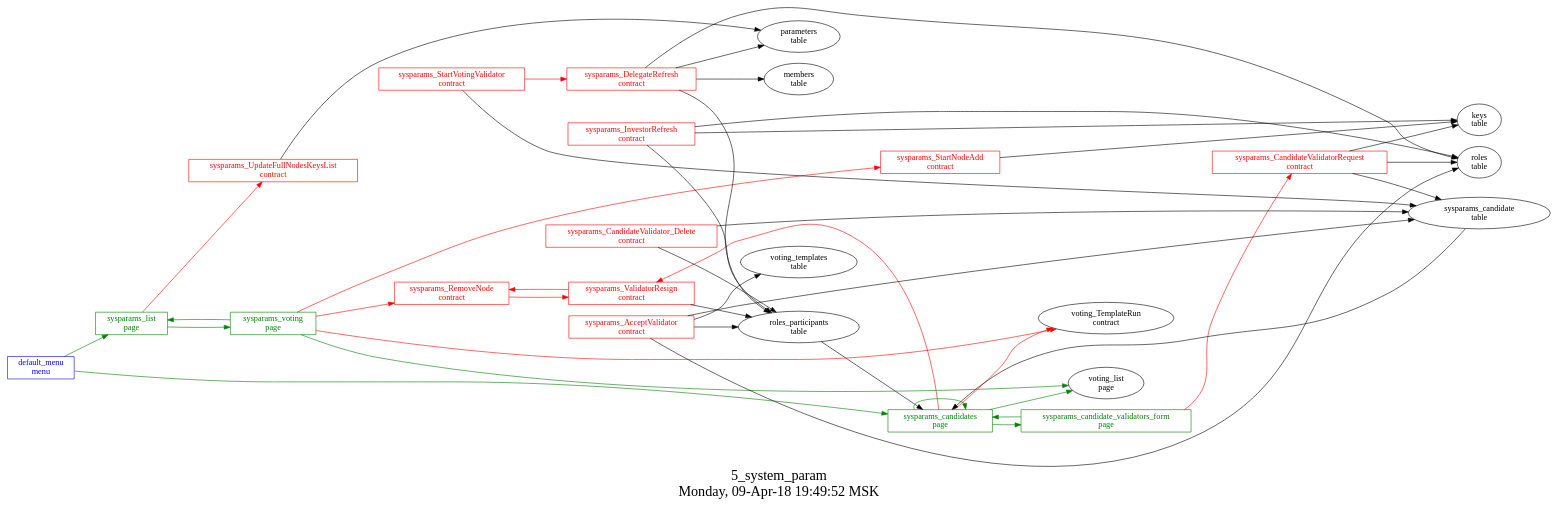
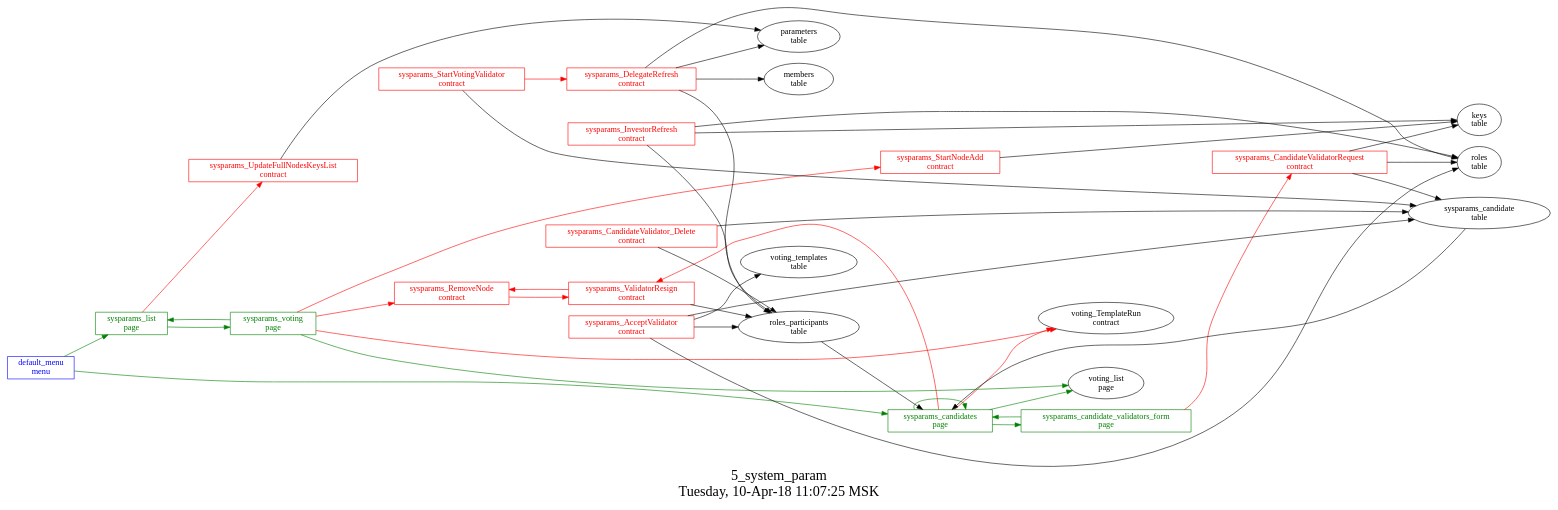
One commit to AplaProject/apps changed the diagram in src/basic/basic_main/5_system_params/struct.dot. Above: the diagram before and after it, drawn with Graphviz. The commit also changed 4 other files, not shown here.

```diff
--- a/src/basic/basic_main/5_system_params/struct.dot
+++ b/src/basic/basic_main/5_system_params/struct.dot
@@ -1,67 +1,67 @@
 digraph G {
 graph [
   fontsize="24";
-  label="5_system_param\nMonday, 09-Apr-18 19:49:52 MSK";
+  label="5_system_param\nTuesday, 10-Apr-18 11:07:25 MSK";
   nojustify=true;
   ordering=out;
   rankdir=LR;
   size="30";
 ];
 "default_menu\nmenu" -> "sysparams_list\npage"  [ color=green ]
 "default_menu\nmenu" -> "sysparams_candidates\npage"  [ color=green ]
 "default_menu\nmenu" [color=blue, fontcolor=blue, group=menus, shape=record];
 "sysparams_candidate_validators_form\npage" -> "sysparams_CandidateValidatorRequest\ncontract"  [ color=red ]
 "sysparams_candidate_validators_form\npage" -> "sysparams_candidates\npage"  [ color=green ]
 "sysparams_candidate_validators_form\npage" [color=green, fontcolor=green, group=pages, shape=record];
 "sysparams_candidates\npage" -> "voting_TemplateRun\ncontract"  [ color=red ]
 "sysparams_candidates\npage" -> "sysparams_ValidatorResign\ncontract"  [ color=red ]
 "sysparams_candidate\ntable" -> "sysparams_candidates\npage"  [ color="" ]
 "roles_participants\ntable" -> "sysparams_candidates\npage"  [ color="" ]
 "sysparams_candidates\npage" -> "voting_list\npage"  [ color=green ]
 "sysparams_candidates\npage" -> "sysparams_candidates\npage"  [ color=green ]
 "sysparams_candidates\npage" -> "sysparams_candidate_validators_form\npage"  [ color=green ]
 "sysparams_candidates\npage" [color=green, fontcolor=green, group=pages, shape=record];
 "sysparams_list\npage" -> "sysparams_UpdateFullNodesKeysList\ncontract"  [ color=red ]
 "sysparams_list\npage" -> "sysparams_voting\npage"  [ color=green ]
 "sysparams_list\npage" [color=green, fontcolor=green, group=pages, shape=record];
 "sysparams_voting\npage" -> "sysparams_StartNodeAdd\ncontract"  [ color=red ]
 "sysparams_voting\npage" -> "sysparams_RemoveNode\ncontract"  [ color=red ]
 "sysparams_voting\npage" -> "voting_TemplateRun\ncontract"  [ color=red ]
 "sysparams_voting\npage" -> "sysparams_list\npage"  [ color=green ]
 "sysparams_voting\npage" -> "voting_list\npage"  [ color=green ]
 "sysparams_voting\npage" [color=green, fontcolor=green, group=pages, shape=record];
 "sysparams_AcceptValidator\ncontract" -> "voting_templates\ntable"  [ color="" ]
 "sysparams_AcceptValidator\ncontract" -> "sysparams_candidate\ntable"  [ color="" ]
 "sysparams_AcceptValidator\ncontract" -> "roles_participants\ntable"  [ color="" ]
 "sysparams_AcceptValidator\ncontract" -> "roles\ntable"  [ color="" ]
 "sysparams_AcceptValidator\ncontract" [color=red, fontcolor=red, group=contracts, shape=record];
 "sysparams_CandidateValidatorRequest\ncontract" -> "keys\ntable"  [ color="" ]
 "sysparams_CandidateValidatorRequest\ncontract" -> "roles\ntable"  [ color="" ]
 "sysparams_CandidateValidatorRequest\ncontract" -> "sysparams_candidate\ntable"  [ color="" ]
 "sysparams_CandidateValidatorRequest\ncontract" [color=red, fontcolor=red, group=contracts, shape=record];
 "sysparams_CandidateValidator_Delete\ncontract" -> "sysparams_candidate\ntable"  [ color="" ]
 "sysparams_CandidateValidator_Delete\ncontract" -> "roles_participants\ntable"  [ color="" ]
 "sysparams_CandidateValidator_Delete\ncontract" [color=red, fontcolor=red, group=contracts, shape=record];
 "sysparams_DelegateRefresh\ncontract" -> "roles\ntable"  [ color="" ]
 "sysparams_DelegateRefresh\ncontract" -> "parameters\ntable"  [ color="" ]
 "sysparams_DelegateRefresh\ncontract" -> "roles_participants\ntable"  [ color="" ]
 "sysparams_DelegateRefresh\ncontract" -> "members\ntable"  [ color="" ]
 "sysparams_DelegateRefresh\ncontract" [color=red, fontcolor=red, group=contracts, shape=record];
 "sysparams_InvestorRefresh\ncontract" -> "roles\ntable"  [ color="" ]
 "sysparams_InvestorRefresh\ncontract" -> "keys\ntable"  [ color="" ]
 "sysparams_InvestorRefresh\ncontract" -> "roles_participants\ntable"  [ color="" ]
 "sysparams_InvestorRefresh\ncontract" [color=red, fontcolor=red, group=contracts, shape=record];
 "sysparams_RemoveNode\ncontract" -> "sysparams_ValidatorResign\ncontract"  [ color=red ]
 "sysparams_RemoveNode\ncontract" [color=red, fontcolor=red, group=contracts, shape=record];
 "sysparams_StartNodeAdd\ncontract" -> "keys\ntable"  [ color="" ]
 "sysparams_StartNodeAdd\ncontract" [color=red, fontcolor=red, group=contracts, shape=record];
 "sysparams_StartVotingValidator\ncontract" -> "sysparams_DelegateRefresh\ncontract"  [ color=red ]
 "sysparams_StartVotingValidator\ncontract" -> "sysparams_candidate\ntable"  [ color="" ]
 "sysparams_StartVotingValidator\ncontract" [color=red, fontcolor=red, group=contracts, shape=record];
 "sysparams_UpdateFullNodesKeysList\ncontract" -> "parameters\ntable"  [ color="" ]
 "sysparams_UpdateFullNodesKeysList\ncontract" [color=red, fontcolor=red, group=contracts, shape=record];
 "sysparams_ValidatorResign\ncontract" -> "sysparams_RemoveNode\ncontract"  [ color=red ]
 "sysparams_ValidatorResign\ncontract" -> "roles_participants\ntable"  [ color="" ]
 "sysparams_ValidatorResign\ncontract" [color=red, fontcolor=red, group=contracts, shape=record];
 "sysparams_candidate\ntable" [color="", fontcolor="", group=tables, shape=""];
 }
```
